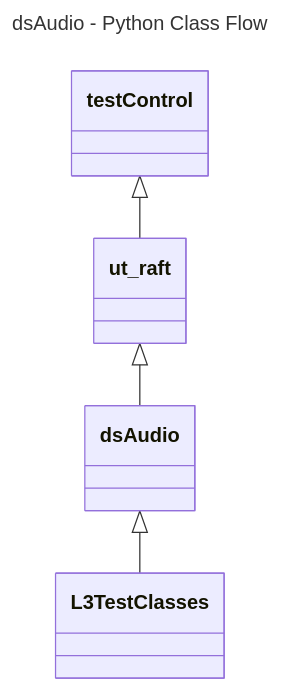
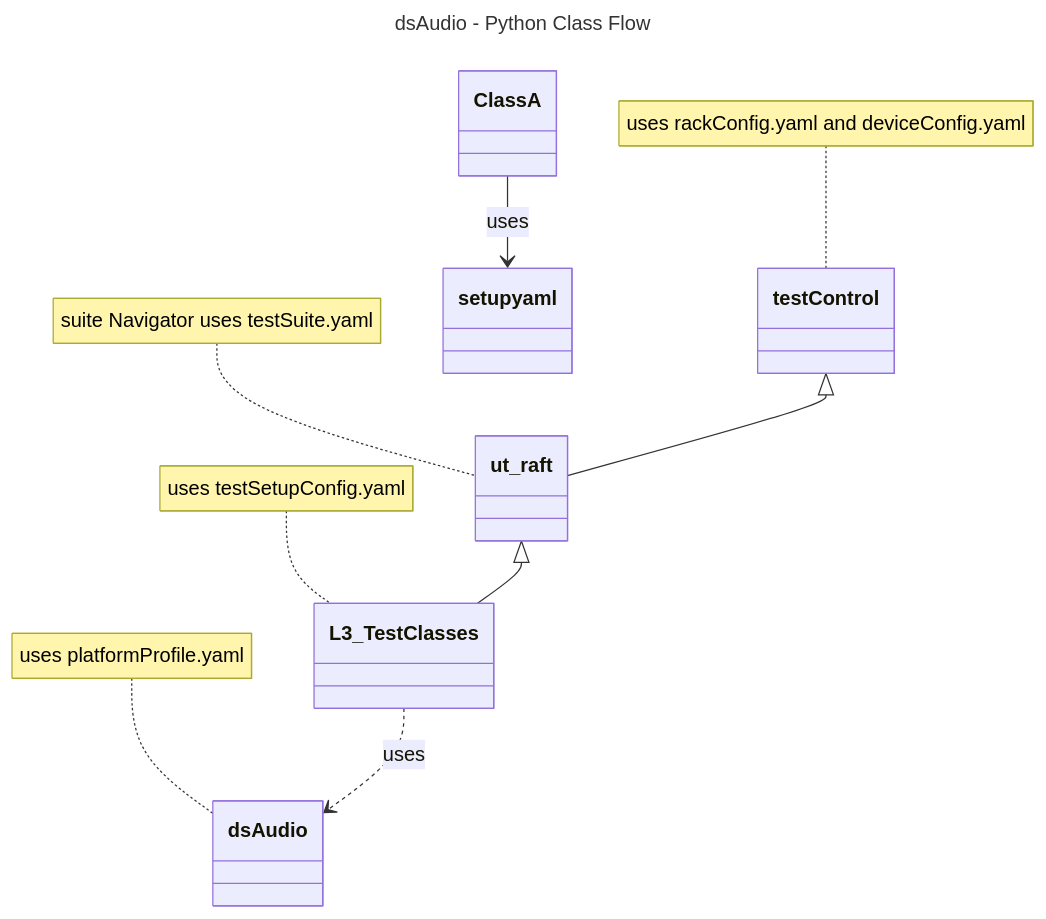
One commit to rdkcentral/rdk-halif-test-device_settings changed the first of 2 diagrams in docs/pages/dsAudio/ds-audio_L3_Low-Level_TestSpecification.md. Above: the diagram before and after it, drawn with Mermaid. The commit also changed other lines of this file and 1 other file, not shown here.

First line of the commit message:
gh #159: dsAudio L3 Python test code

````diff
--- a/docs/pages/dsAudio/ds-audio_L3_Low-Level_TestSpecification.md
+++ b/docs/pages/dsAudio/ds-audio_L3_Low-Level_TestSpecification.md
@@ -77,12 +77,16 @@
 ```mermaid
 ---
 title: dsAudio - Python Class Flow
 ---
 classDiagram
     testControl <|-- ut_raft
     class ut_raft{
     }
-    ut_raft <|-- dsAudio
-    dsAudio <|-- L3TestClasses
-
+    ut_raft <|-- L3_TestClasses
+    L3_TestClasses ..> dsAudio : uses
+    note for testControl "uses rackConfig.yaml and deviceConfig.yaml"
+    note for dsAudio "uses platformProfile.yaml"
+    note for L3_TestClasses "uses testSetupConfig.yaml"
+    note for ut_raft "suite Navigator uses testSuite.yaml"
+    ClassA --> setupyaml : uses
 ```
````
